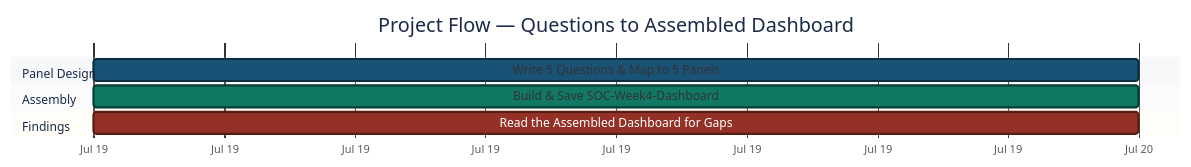
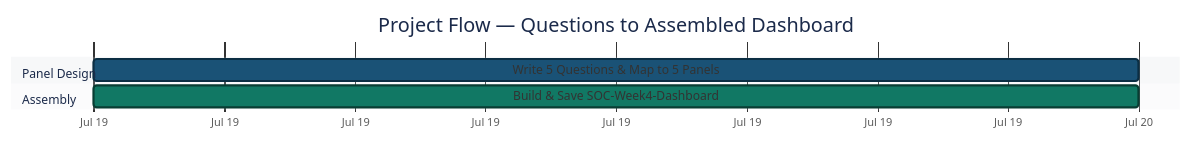
One commit to malaika-azhar/Cybersecurity-Lab-Projects changed the first of 3 diagrams in 3-Advanced-Cyber-Projects/project-09-siem-dashboard/README.md. Above: the diagram before and after it, drawn with Mermaid. The commit also changed other lines of this file, not shown here.

````diff
--- a/3-Advanced-Cyber-Projects/project-09-siem-dashboard/README.md
+++ b/3-Advanced-Cyber-Projects/project-09-siem-dashboard/README.md
@@ -123,21 +123,19 @@
 ```mermaid
 %%{init: { 'theme': 'base', 'themeVariables': {
   'activeTaskBkgColor':'#1A5276', 'activeTaskBorderColor':'#0B2E43',
   'doneTaskBkgColor':'#117864', 'doneTaskBorderColor':'#083D33',
   'critBkgColor':'#943126', 'critBorderColor':'#571C16',
   'sectionBkgColor':'#D6DBDF', 'altSectionBkgColor':'#EAECEE',
   'taskTextColor':'#FFFFFF', 'taskTextOutsideColor':'#1B2631',
   'taskTextLightColor':'#FFFFFF',
   'titleColor':'#1B2A4A', 'fontSize':'16px'
 }}}%%
 gantt
     title Project Flow — Questions to Assembled Dashboard
     dateFormat YYYY-MM-DD
     axisFormat %b %d
     section Panel Design
     Write 5 Questions & Map to 5 Panels     :active, 2026-07-19, 1d
     section Assembly
     Build & Save SOC-Week4-Dashboard        :done, 2026-07-19, 1d
-    section Findings
-    Read the Assembled Dashboard for Gaps   :crit, 2026-07-19, 1d
 ```
````
